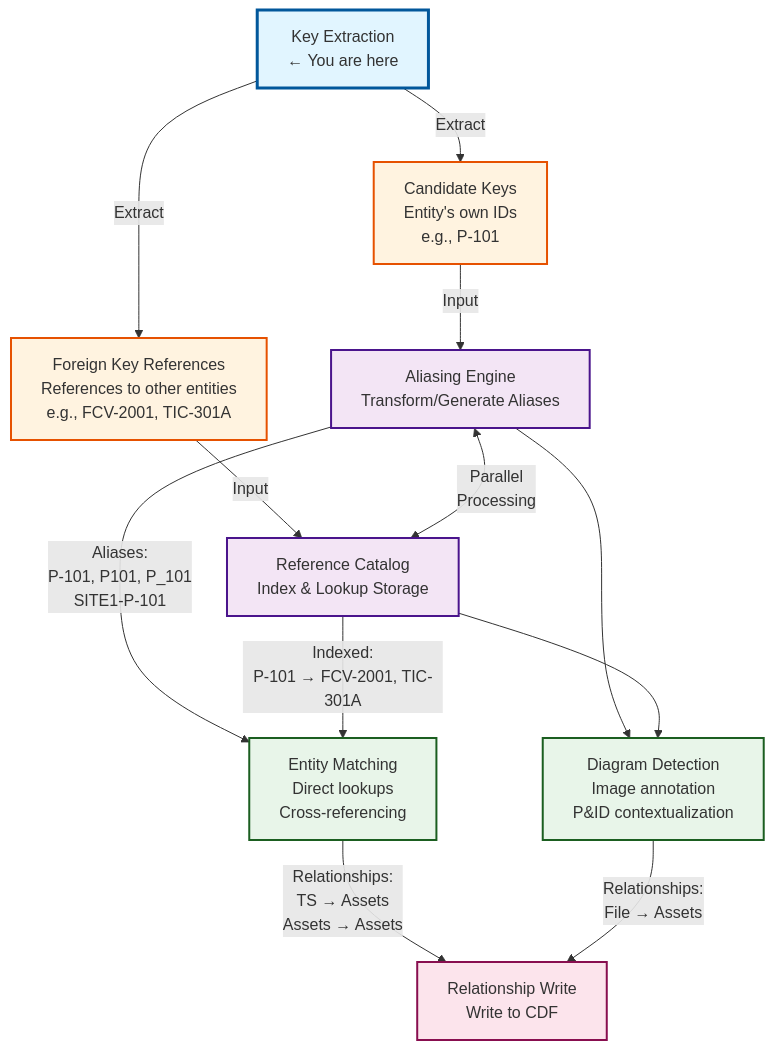
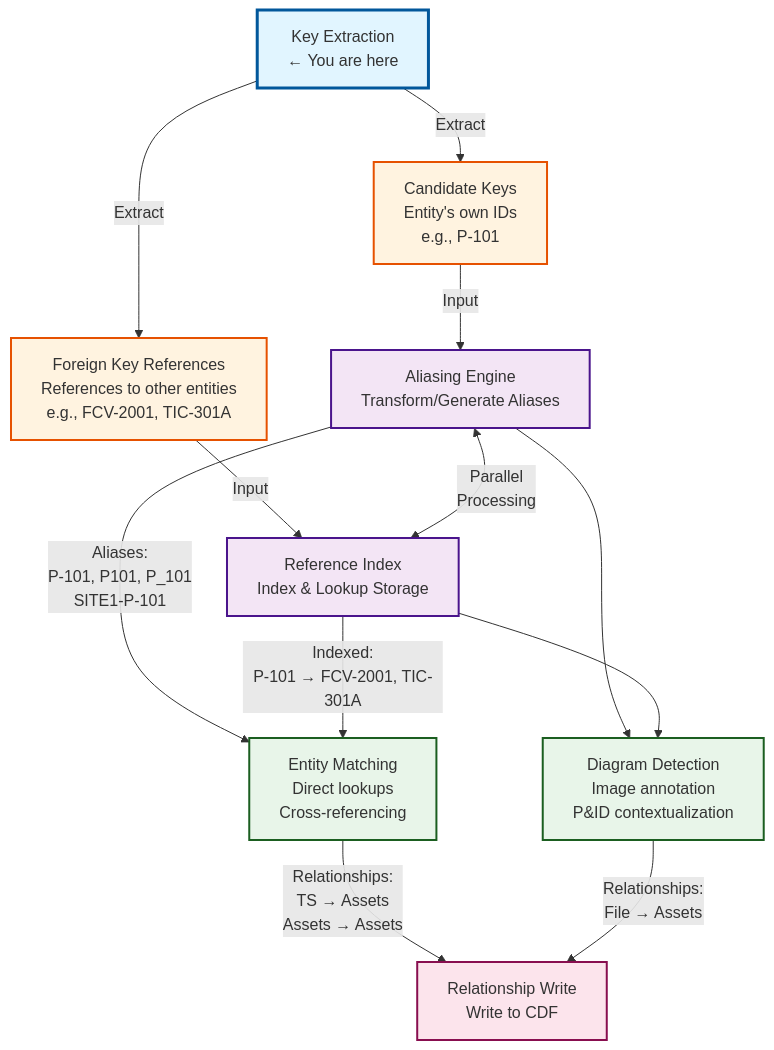
One commit to cognitedata/library changed the diagram in modules/accelerators/contextualization/cdf_key_extraction_aliasing/docs/specifications/1. key_extraction.md. Above: the diagram before and after it, drawn with Mermaid. The commit also changed other lines of this file and 51 other files, not shown here.

````diff
--- a/modules/accelerators/contextualization/cdf_key_extraction_aliasing/docs/specifications/1. key_extraction.md
+++ b/modules/accelerators/contextualization/cdf_key_extraction_aliasing/docs/specifications/1. key_extraction.md
@@ -144,40 +142,40 @@
 ```mermaid
 graph TD
     KE[Key Extraction<br/>← You are here]
 
     SK[Candidate Keys<br/>Entity's own IDs<br/>e.g., P-101]
     FK[Foreign Key References<br/>References to other entities<br/>e.g., FCV-2001, TIC-301A]
 
     AE[Aliasing Engine<br/>Transform/Generate Aliases]
-    RC[Reference Catalog<br/>Index & Lookup Storage]
+    RI[Reference Index<br/>Index & Lookup Storage]
 
     EM[Entity Matching<br/>Direct lookups<br/>Cross-referencing]
     DD[Diagram Detection<br/>Image annotation<br/>P&ID contextualization]
 
     RW[Relationship Write<br/>Write to CDF]
 
     KE -->|Extract| SK
     KE -->|Extract| FK
 
     SK -->|Input| AE
-    FK -->|Input| RC
+    FK -->|Input| RI
 
-    AE <-->|Parallel<br/>Processing| RC
+    AE <-->|Parallel<br/>Processing| RI
 
     AE -->|Aliases:<br/>P-101, P101, P_101<br/>SITE1-P-101| EM
     AE --> DD
-    RC -->|Indexed:<br/>P-101 → FCV-2001, TIC-301A| EM
-    RC --> DD
+    RI -->|Indexed:<br/>P-101 → FCV-2001, TIC-301A| EM
+    RI --> DD
 
     EM -->|Relationships:<br/>TS → Assets<br/>Assets → Assets| RW
     DD -->|Relationships:<br/>File → Assets| RW
 
     style KE fill:#e1f5ff,stroke:#01579b,stroke-width:3px
     style SK fill:#fff3e0,stroke:#e65100,stroke-width:2px
     style FK fill:#fff3e0,stroke:#e65100,stroke-width:2px
     style AE fill:#f3e5f5,stroke:#4a148c,stroke-width:2px
-    style RC fill:#f3e5f5,stroke:#4a148c,stroke-width:2px
+    style RI fill:#f3e5f5,stroke:#4a148c,stroke-width:2px
     style EM fill:#e8f5e9,stroke:#1b5e20,stroke-width:2px
     style DD fill:#e8f5e9,stroke:#1b5e20,stroke-width:2px
     style RW fill:#fce4ec,stroke:#880e4f,stroke-width:2px
 ```
````
